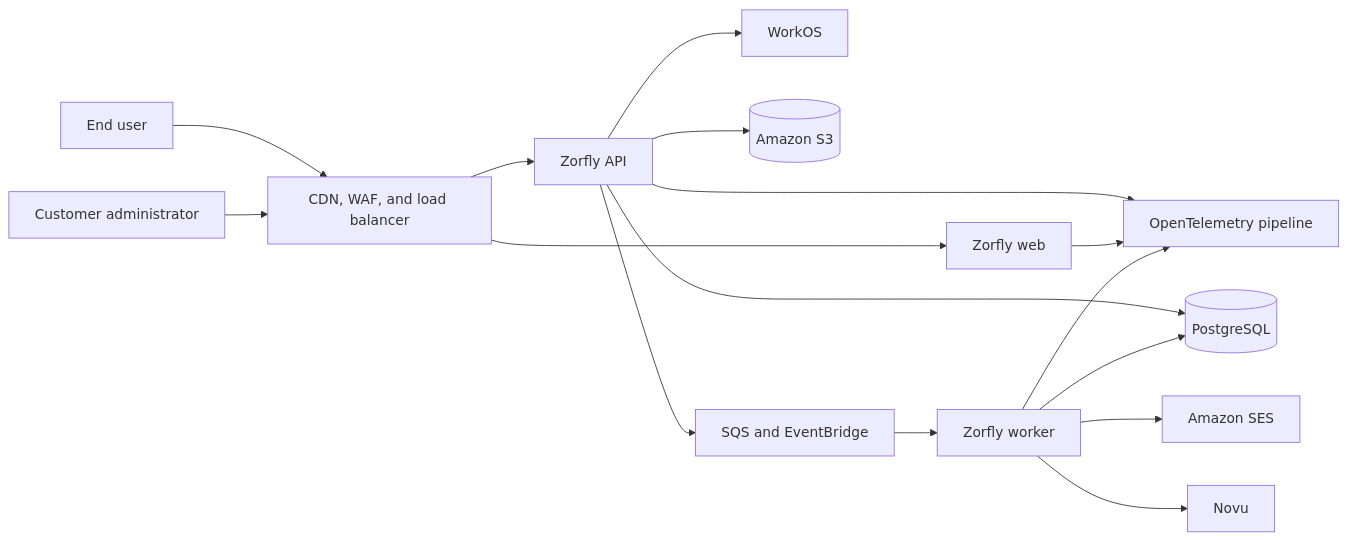
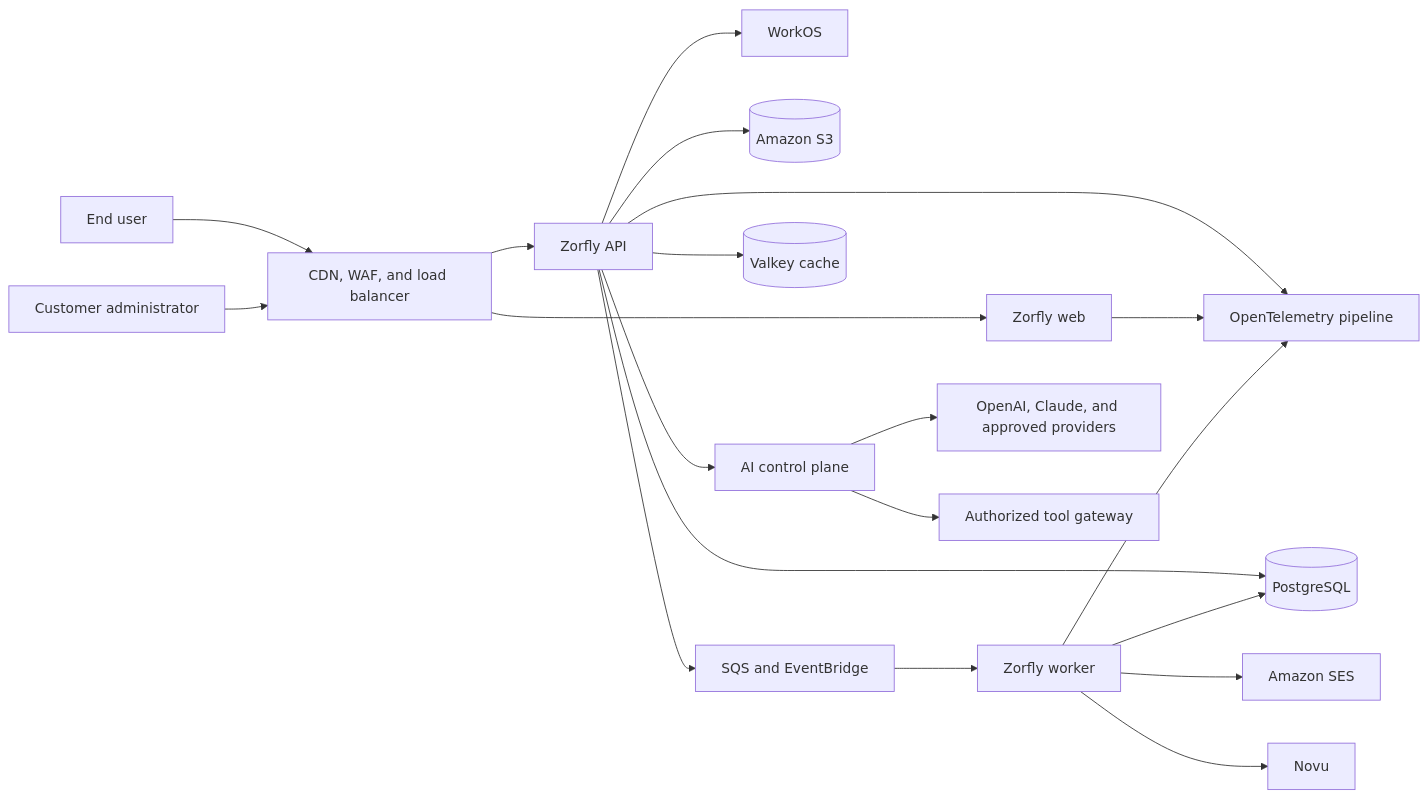
One commit to dhrubojyoti-1xl/zorfly changed the diagram in docs/ARCHITECTURE.md. Above: the diagram before and after it, drawn with Mermaid. The commit also changed other lines of this file and 54 other files, not shown here.

Commit message:
docs: harden enterprise architecture foundation

````diff
--- a/docs/ARCHITECTURE.md
+++ b/docs/ARCHITECTURE.md
@@ -27,18 +32,22 @@
 ```mermaid
 flowchart LR
     User["End user"] --> Edge["CDN, WAF, and load balancer"]
     Admin["Customer administrator"] --> Edge
     Edge --> Web["Zorfly web"]
     Edge --> API["Zorfly API"]
     API --> Identity["WorkOS"]
     API --> DB[("PostgreSQL")]
     API --> Objects[("Amazon S3")]
     API --> Queue["SQS and EventBridge"]
+    API --> Cache[("Valkey cache")]
+    API --> AI["AI control plane"]
     Queue --> Worker["Zorfly worker"]
+    AI --> Models["OpenAI, Claude, and approved providers"]
+    AI --> Tools["Authorized tool gateway"]
     Worker --> DB
     Worker --> Email["Amazon SES"]
     Worker --> Notify["Novu"]
     API --> Telemetry["OpenTelemetry pipeline"]
     Web --> Telemetry
     Worker --> Telemetry
 ```
````
